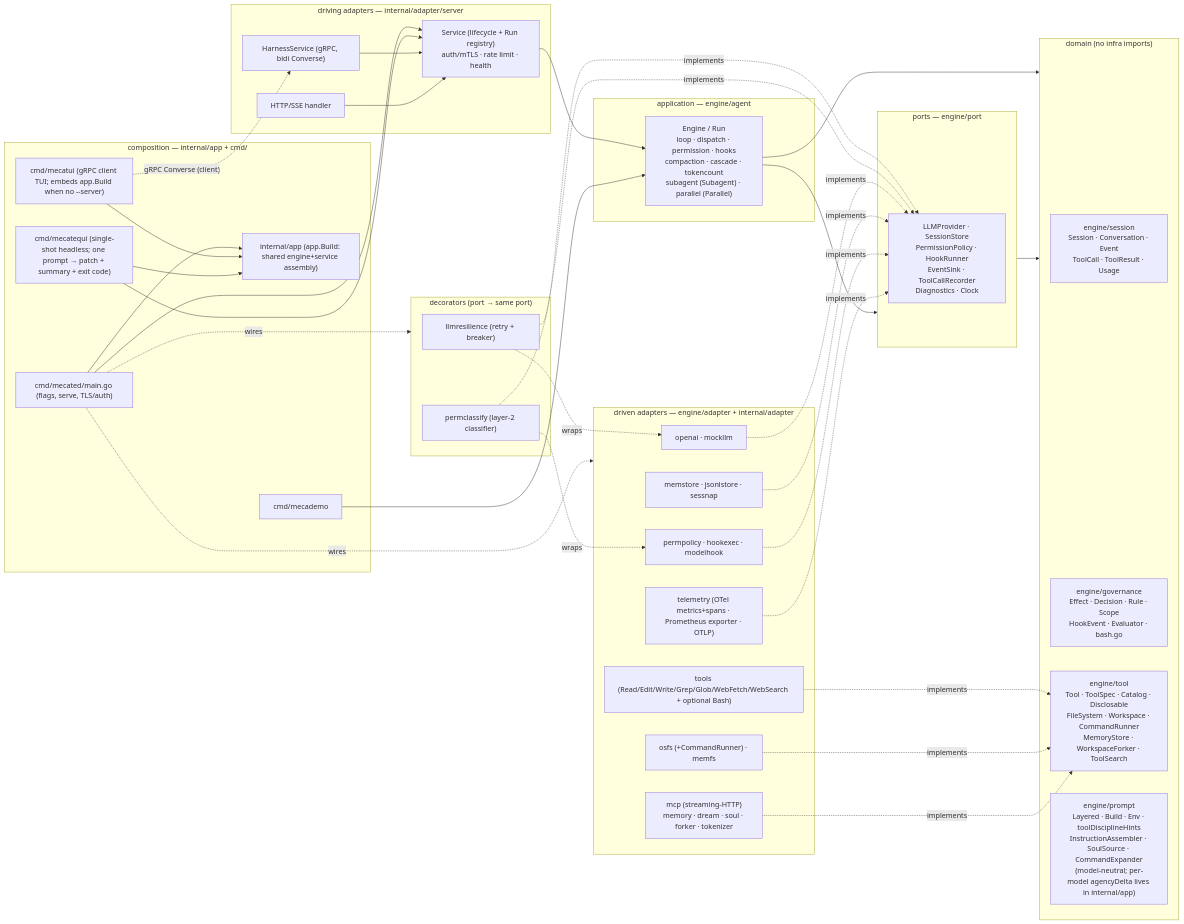
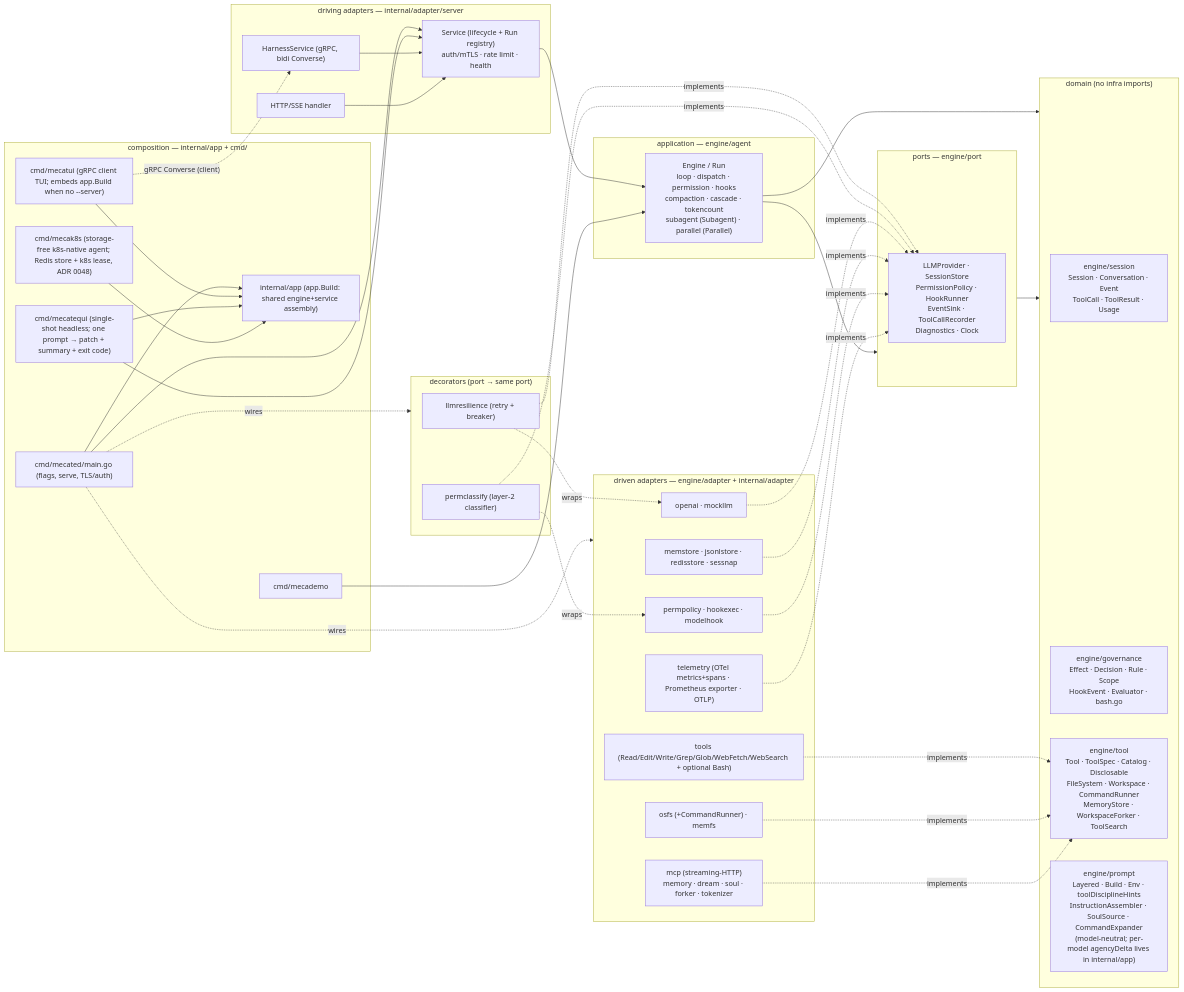
One commit to sabbanis/mecatl changed the diagram in docs/architecture.md. Above: the diagram before and after it, drawn with Mermaid. The commit also changed other lines of this file and 6 other files, not shown here.

````diff
--- a/docs/architecture.md
+++ b/docs/architecture.md
@@ -100,72 +100,74 @@
 ```mermaid
 flowchart LR
   subgraph CMD["composition — internal/app + cmd/"]
     app["internal/app (app.Build: shared engine+service assembly)"]
     mecated["cmd/mecated/main.go (flags, serve, TLS/auth)"]
     demo["cmd/mecademo"]
     tui["cmd/mecatui (gRPC client TUI; embeds app.Build when no --server)"]
     mq["cmd/mecatequi (single-shot headless; one prompt → patch + summary + exit code)"]
+    k8s["cmd/mecak8s (storage-free k8s-native agent; Redis store + k8s lease, ADR 0048)"]
     mecated --> app
     tui --> app
     mq --> app
+    k8s --> app
   end
 
   subgraph DRIVING["driving adapters — internal/adapter/server"]
     grpc["HarnessService (gRPC, bidi Converse)"]
     http["HTTP/SSE handler"]
     svc["Service (lifecycle + Run registry)\nauth/mTLS · rate limit · health"]
   end
 
   subgraph APP["application — engine/agent"]
     engine["Engine / Run\nloop · dispatch · permission · hooks\ncompaction · cascade · tokencount\nsubagent (Subagent) · parallel (Parallel)"]
   end
 
   subgraph PORTS["ports — engine/port"]
     p["LLMProvider · SessionStore\nPermissionPolicy · HookRunner\nEventSink · ToolCallRecorder\nDiagnostics · Clock"]
   end
 
   subgraph DOMAIN["domain (no infra imports)"]
     sess["engine/session\nSession · Conversation · Event\nToolCall · ToolResult · Usage"]
     gov["engine/governance\nEffect · Decision · Rule · Scope\nHookEvent · Evaluator · bash.go"]
     tl["engine/tool\nTool · ToolSpec · Catalog · Disclosable\nFileSystem · Workspace · CommandRunner\nMemoryStore · WorkspaceForker · ToolSearch"]
     pr["engine/prompt\nLayered · Build · Env · toolDisciplineHints\nInstructionAssembler · SoulSource · CommandExpander\n(model-neutral; per-model agencyDelta lives in internal/app)"]
   end
 
   subgraph DECOR["decorators (port → same port)"]
     res["llmresilience (retry + breaker)"]
     pc["permclassify (layer-2 classifier)"]
   end
 
   subgraph DRIVEN["driven adapters — engine/adapter + internal/adapter"]
     oai["openai · mockllm"]
     fs["osfs (+CommandRunner) · memfs"]
-    st["memstore · jsonlstore · sessnap"]
+    st["memstore · jsonlstore · redisstore · sessnap"]
     tools["tools (Read/Edit/Write/Grep/Glob/WebFetch/WebSearch + optional Bash)"]
     pp["permpolicy · hookexec · modelhook"]
     tel["telemetry (OTel metrics+spans · Prometheus exporter · OTLP)"]
     ext["mcp (streaming-HTTP)\nmemory · dream · soul · forker · tokenizer"]
   end
 
   mecated --> svc --> engine
   demo --> engine
   mq --> svc
   tui -. "gRPC Converse (client)" .-> grpc
   grpc --> svc
   http --> svc
   engine --> PORTS
   engine --> DOMAIN
   PORTS --> DOMAIN
   res -.wraps.-> oai
   res -.implements.-> p
   pc -.wraps.-> pp
   pc -.implements.-> p
   oai -.implements.-> p
   st -.implements.-> p
   pp -.implements.-> p
   tel -.implements.-> p
   tools -.implements.-> tl
   fs -.implements.-> tl
   ext -.implements.-> tl
   mecated -. wires .-> DRIVEN
   mecated -. wires .-> DECOR
 ```
````
